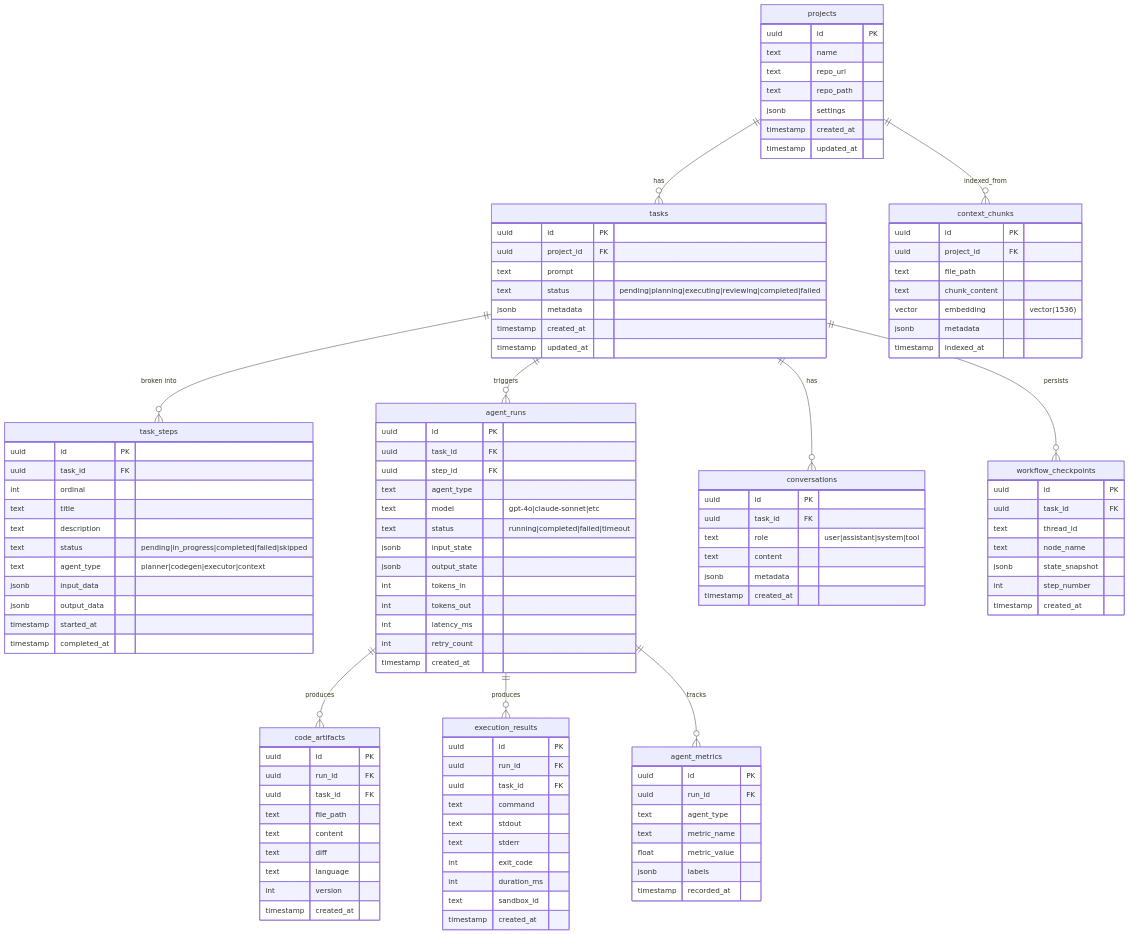
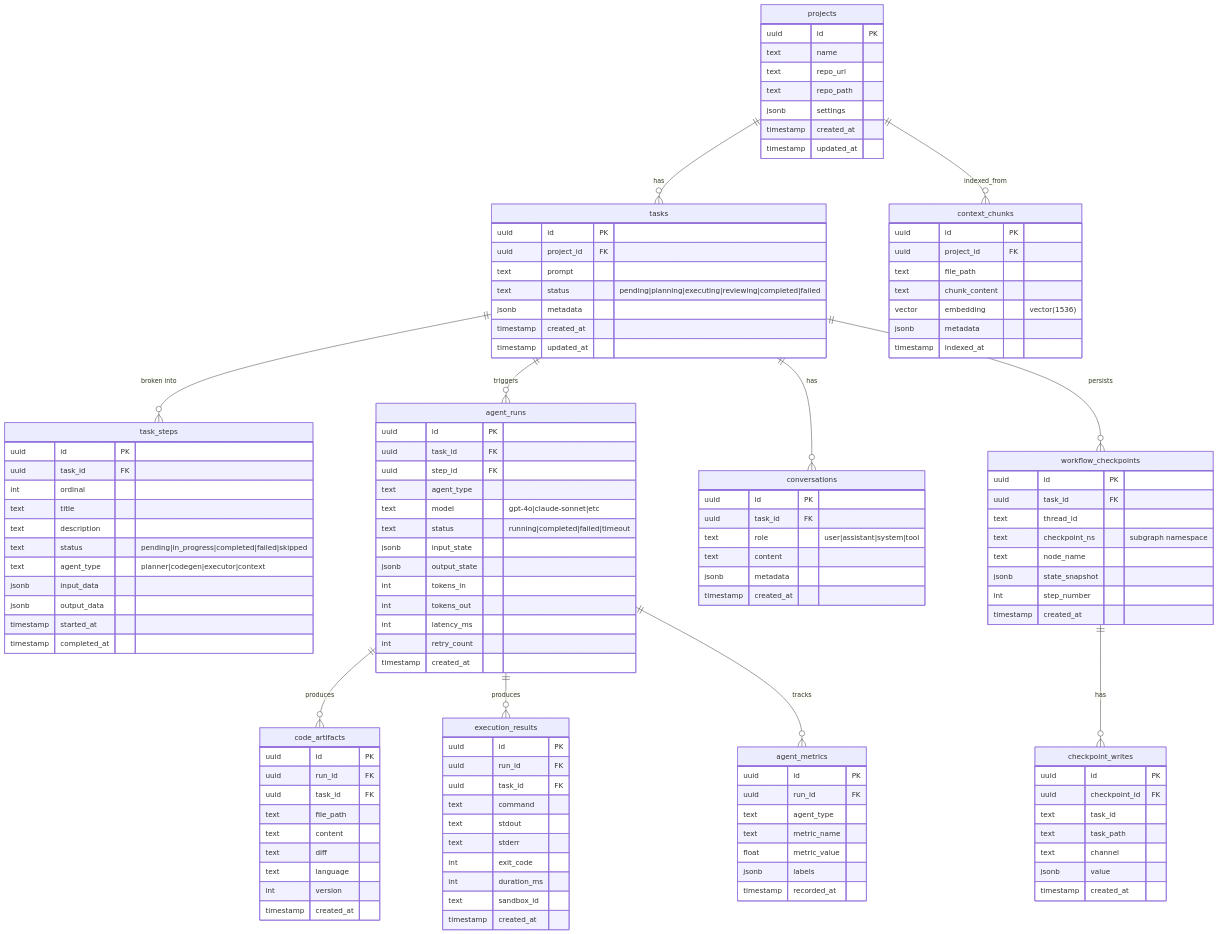
One commit to maxcharles2/agentic-developer-environment changed the second of 3 diagrams in docs/architecture.md. Above: the diagram before and after it, drawn with Mermaid. The commit also changed other lines of this file, not shown here.

Commit message:
Update docs/architecture.md Section 3 — add checkpoint_writes to ERD, add checkpoint_ns to workflow_checkpoints, update Key Schema Decisions and DDL Summary

```diff
--- a/docs/architecture.md
+++ b/docs/architecture.md
@@ -265,6 +266,7 @@
     agent_runs ||--o{ agent_metrics : tracks
     projects ||--o{ context_chunks : indexed_from
     tasks ||--o{ workflow_checkpoints : persists
+    workflow_checkpoints ||--o{ checkpoint_writes : has
 
     projects {
         uuid id PK
@@ -365,9 +367,20 @@
         uuid id PK
         uuid task_id FK
         text thread_id
+        text checkpoint_ns "subgraph namespace"
         text node_name
         jsonb state_snapshot
         int step_number
+        timestamp created_at
+    }
+
+    checkpoint_writes {
+        uuid id PK
+        uuid checkpoint_id FK
+        text task_id
+        text task_path
+        text channel
+        jsonb value
         timestamp created_at
     }
 
```
